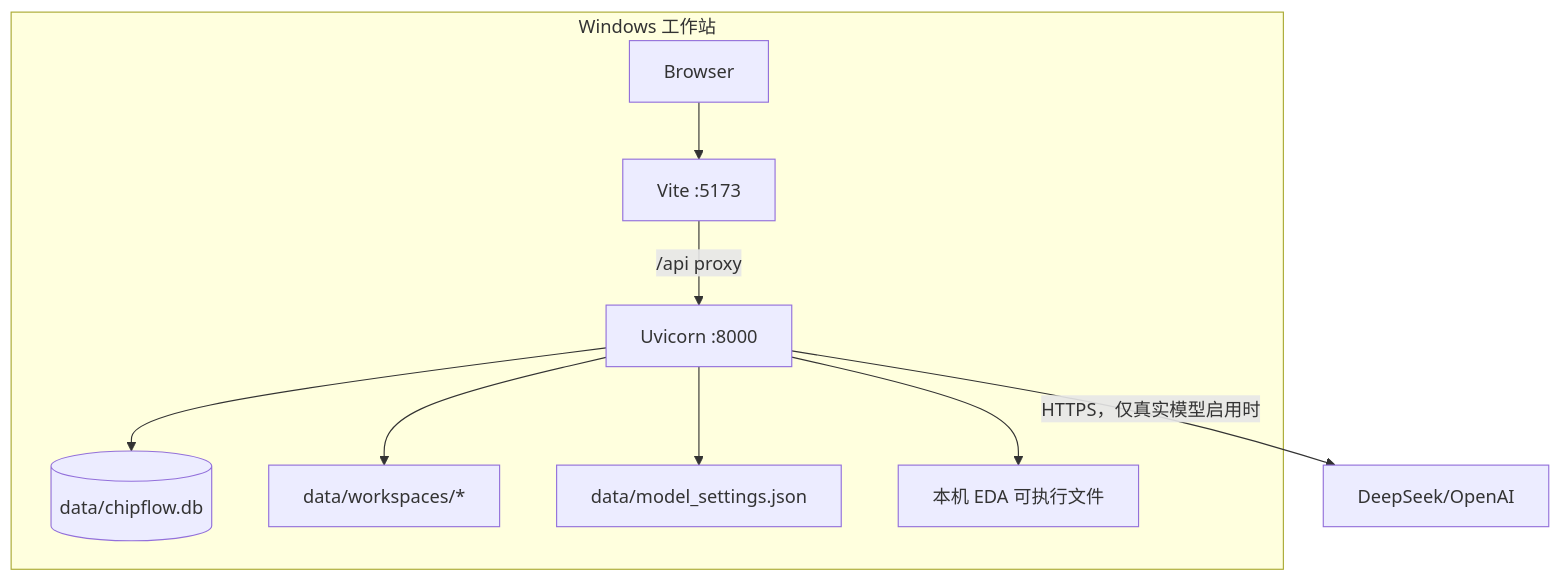
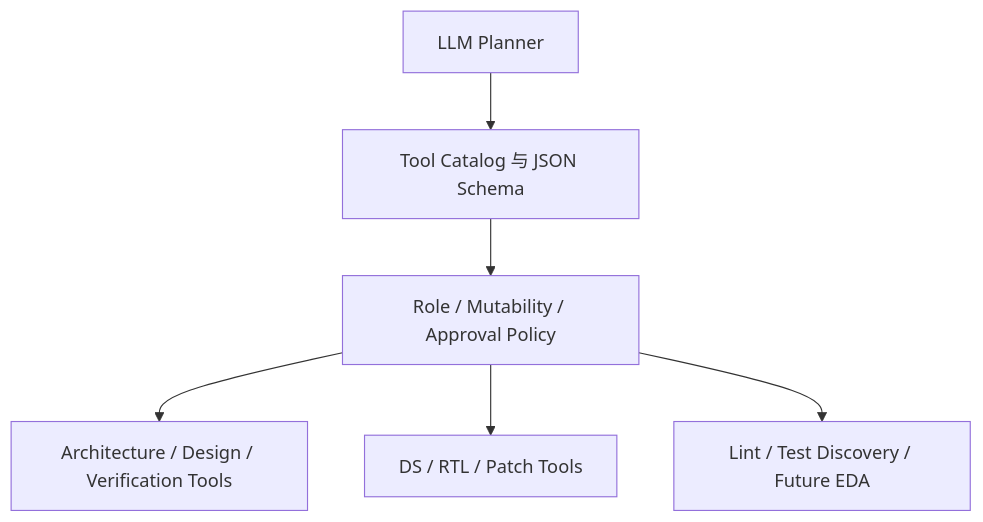
The third of 6 diagrams in docs/architecture-overview.md (yaowensial-g/chipDesignAgent), drawn with Mermaid before and after one commit. The commit also changed other lines of this file and 9 other files, not shown here.

Commit message:
Refresh architecture documentation and context diagrams

````diff
--- a/docs/architecture-overview.md
+++ b/docs/architecture-overview.md
@@ -410,12 +64,14 @@
 ```mermaid
 flowchart TB
-    subgraph Windows[Windows 工作站]
-        Browser --> Vite[Vite :5173]
-        Vite -->|/api proxy| FastAPI[Uvicorn :8000]
-        FastAPI --> DB[(data/chipflow.db)]
-        FastAPI --> WS[data/workspaces/*]
-        FastAPI --> Settings[data/model_settings.json]
-        FastAPI --> EDA[本机 EDA 可执行文件]
-    end
-    FastAPI -->|HTTPS，仅真实模型启用时| Model[DeepSeek/OpenAI]
+    Planner[LLM Planner]
+    Catalog[Tool Catalog 与 JSON Schema]
+    Policy[Role / Mutability / Approval Policy]
+    RoleTools[Architecture / Design / Verification Tools]
+    CandidateTools[DS / RTL / Patch Tools]
+    EDATools[Lint / Test Discovery / Future EDA]
+
+    Planner --> Catalog --> Policy
+    Policy --> RoleTools
+    Policy --> CandidateTools
+    Policy --> EDATools
 ```
````
